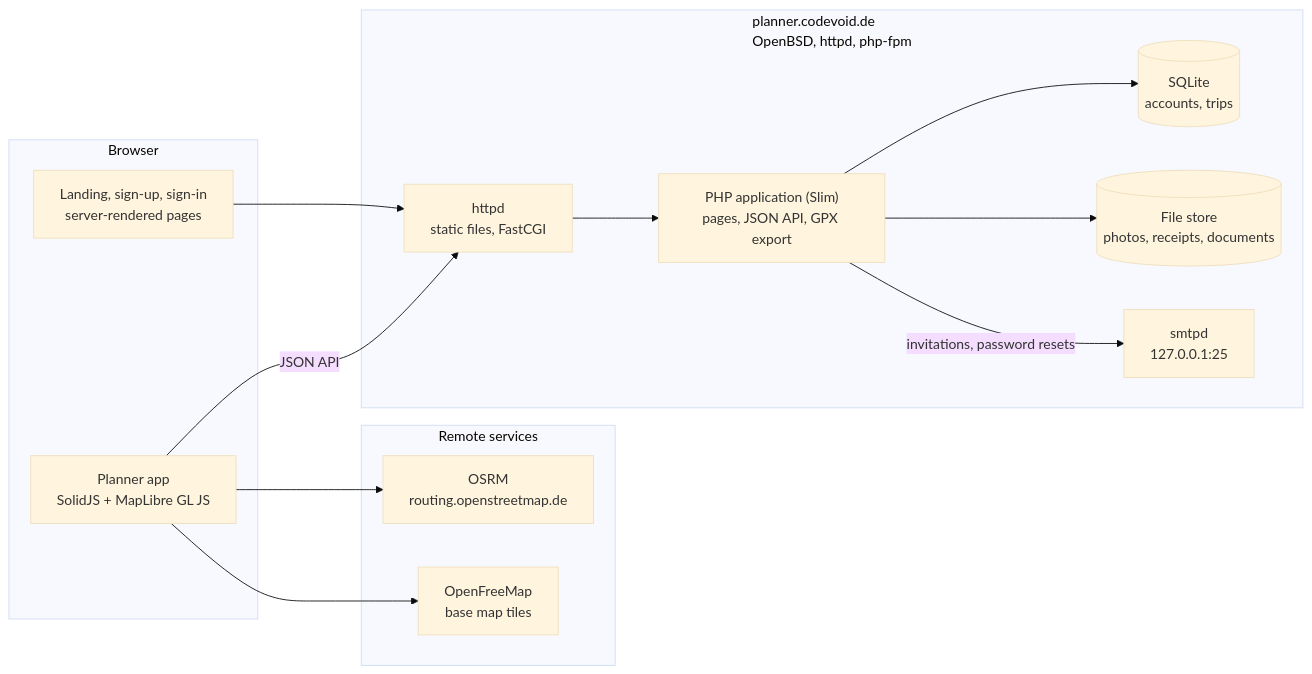
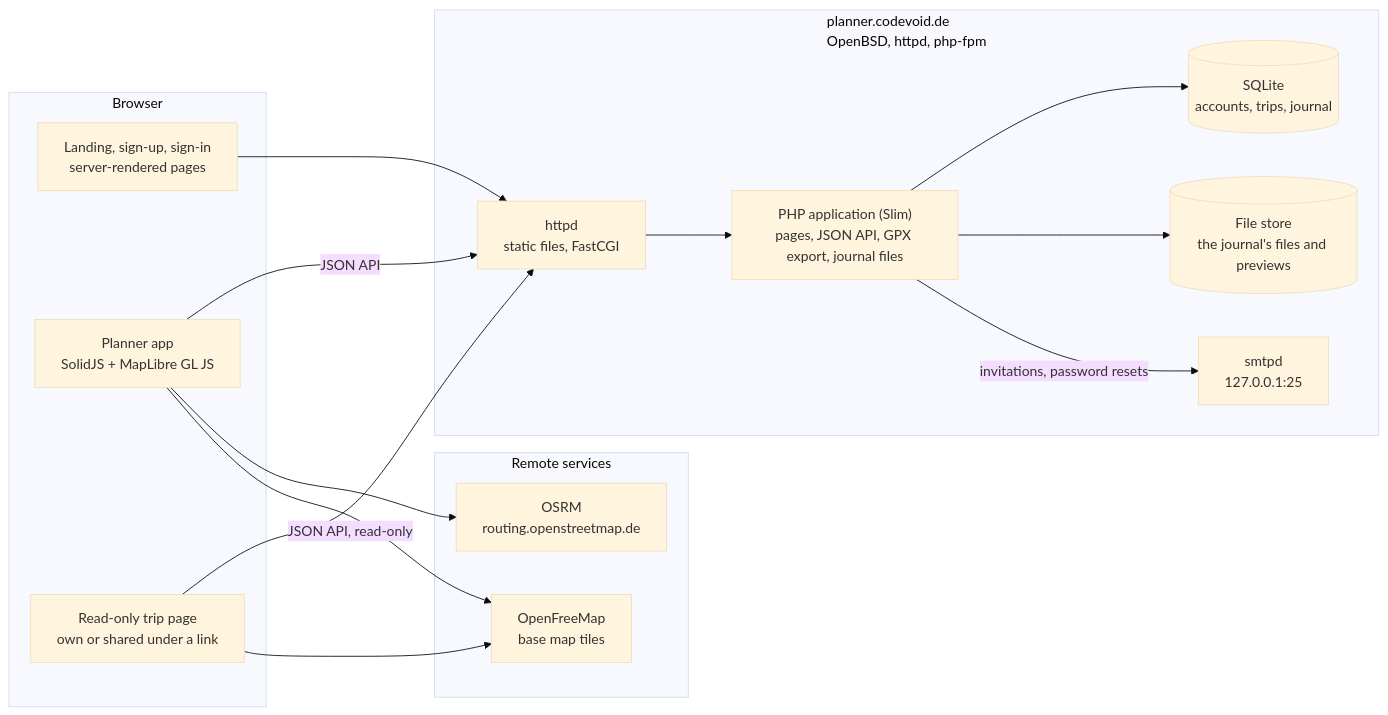
One commit to c0dev0id/TripPlanner changed the first of 3 diagrams in .github/architecture.md. Above: the diagram before and after it, drawn with Mermaid (base theme). The commit also changed other lines of this file and 7 other files, not shown here.

First line of the commit message:
Document phase 5: journal, trip state, sharing

````diff
--- a/.github/architecture.md
+++ b/.github/architecture.md
@@ -8,26 +8,29 @@
 ```mermaid
 flowchart LR
   subgraph browser["Browser"]
     pages["Landing, sign-up, sign-in<br/>server-rendered pages"]
     app["Planner app<br/>SolidJS + MapLibre GL JS"]
+    view["Read-only trip page<br/>own or shared under a link"]
   end
   subgraph server["planner.codevoid.de<br/>OpenBSD, httpd, php-fpm"]
     httpd["httpd<br/>static files, FastCGI"]
-    php["PHP application (Slim)<br/>pages, JSON API, GPX export"]
-    db[("SQLite<br/>accounts, trips")]
-    files[("File store<br/>photos, receipts, documents")]
+    php["PHP application (Slim)<br/>pages, JSON API, GPX export, journal files"]
+    db[("SQLite<br/>accounts, trips, journal")]
+    files[("File store<br/>the journal's files and previews")]
     smtpd["smtpd<br/>127.0.0.1:25"]
   end
   subgraph remote["Remote services"]
     osrm["OSRM<br/>routing.openstreetmap.de"]
     tiles["OpenFreeMap<br/>base map tiles"]
   end
   pages --> httpd
   app -->|JSON API| httpd
+  view -->|JSON API, read-only| httpd
   httpd --> php
   php --> db
   php --> files
   php -->|invitations, password resets| smtpd
   app --> osrm
   app --> tiles
+  view --> tiles
 ```
````
